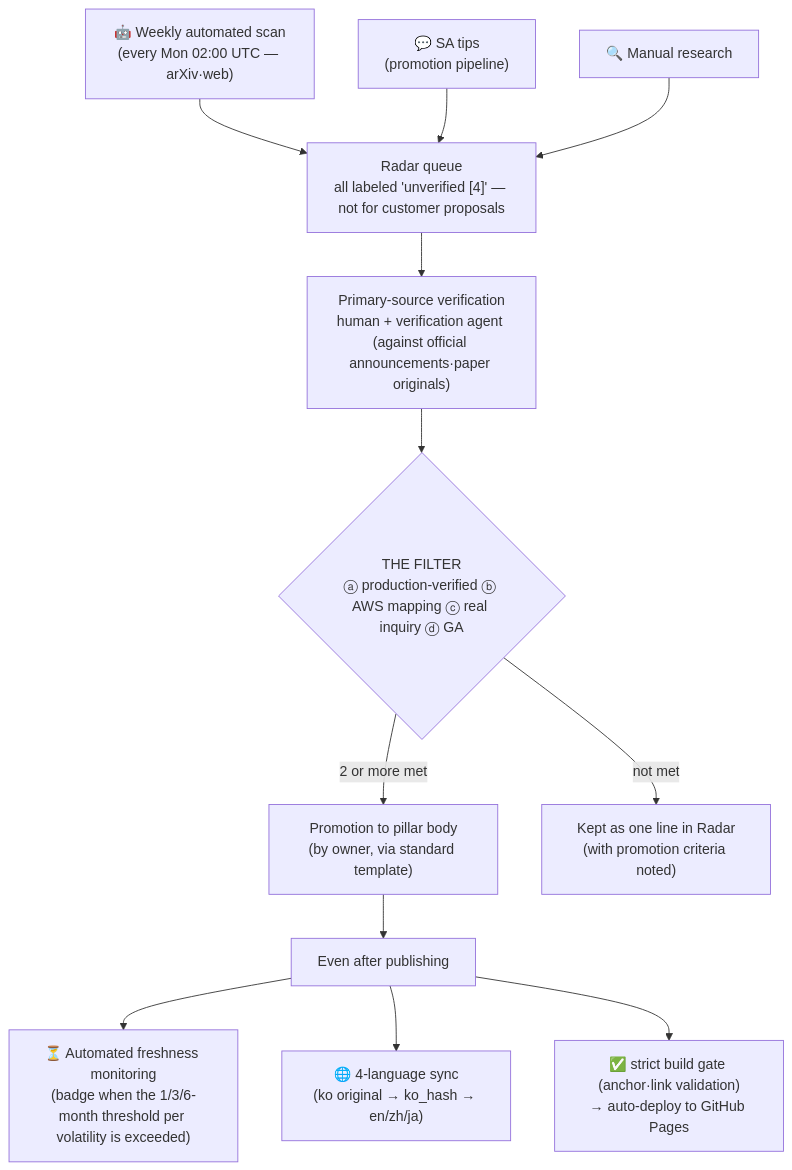
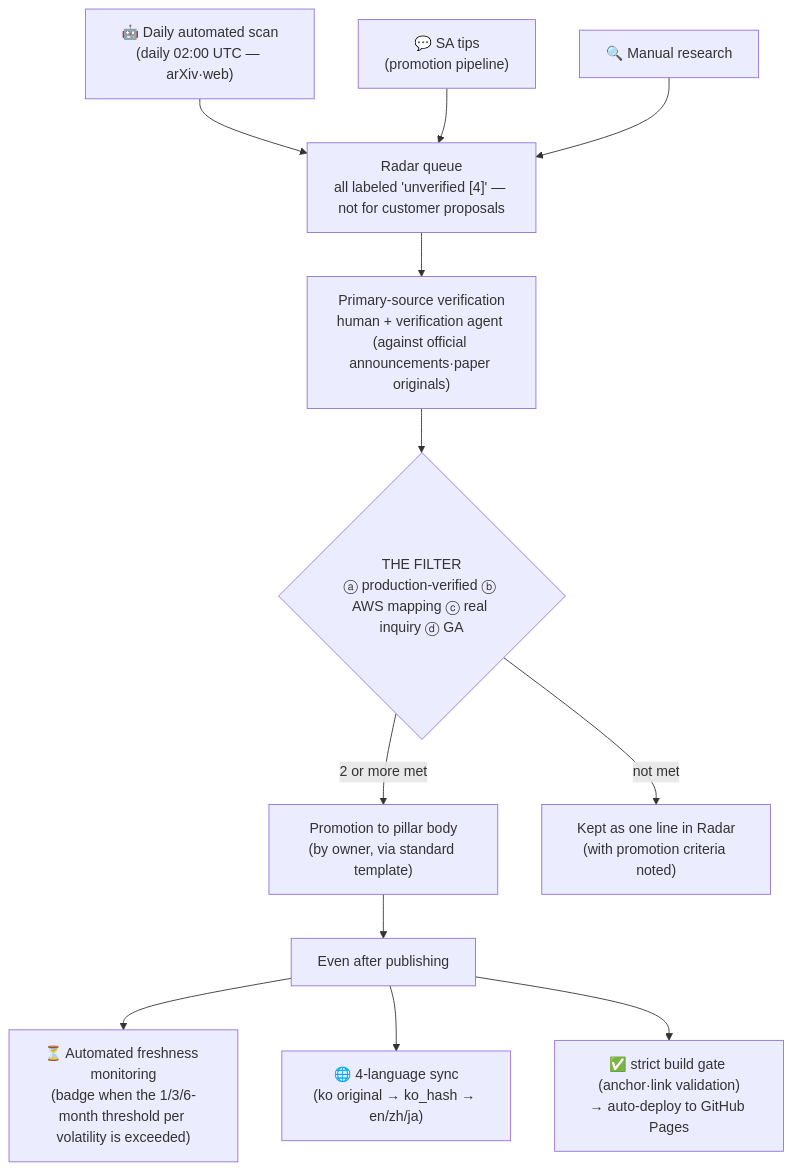
One commit to comeddy/pai-playbook changed the diagram in docs/guide.en.md. Above: the diagram before and after it, drawn with Mermaid. The commit also changed other lines of this file and 4 other files, not shown here.

````diff
--- a/docs/guide.en.md
+++ b/docs/guide.en.md
@@ -15,14 +15,14 @@
 ```mermaid
 graph TD
-    A1["🤖 Weekly automated scan<br>(every Mon 02:00 UTC — arXiv·web)"] --> R
+    A1["🤖 Daily automated scan<br>(daily 02:00 UTC — arXiv·web)"] --> R
     A2["💬 SA tips<br>(promotion pipeline)"] --> R
     A3[🔍 Manual research] --> R
     R["Radar queue<br>all labeled 'unverified [4]' — not for customer proposals"] --> V["Primary-source verification<br>human + verification agent (against official announcements·paper originals)"]
     V --> F{"THE FILTER<br>ⓐ production-verified ⓑ AWS mapping ⓒ real inquiry ⓓ GA"}
     F -- 2 or more met --> P["Promotion to pillar body<br>(by owner, via standard template)"]
     F -- not met --> K["Kept as one line in Radar<br>(with promotion criteria noted)"]
     P --> AFTER[Even after publishing]
     AFTER --> M1["⏳ Automated freshness monitoring<br>(badge when the 1/3/6-month threshold per volatility is exceeded)"]
     AFTER --> M2["🌐 4-language sync<br>(ko original → ko_hash → en/zh/ja)"]
     AFTER --> M3["✅ strict build gate (anchor·link validation)<br>→ auto-deploy to GitHub Pages"]
 ```
````
